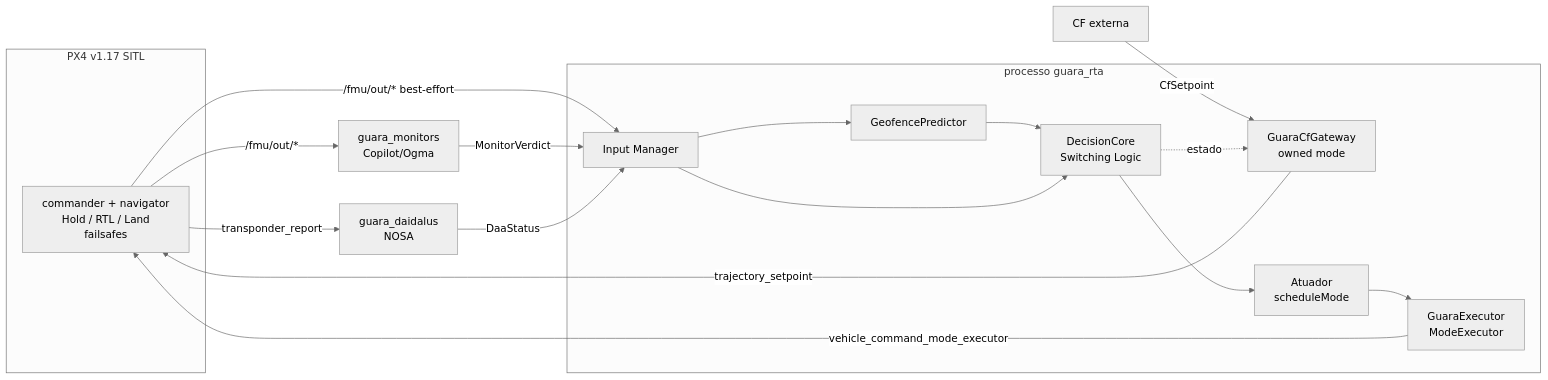
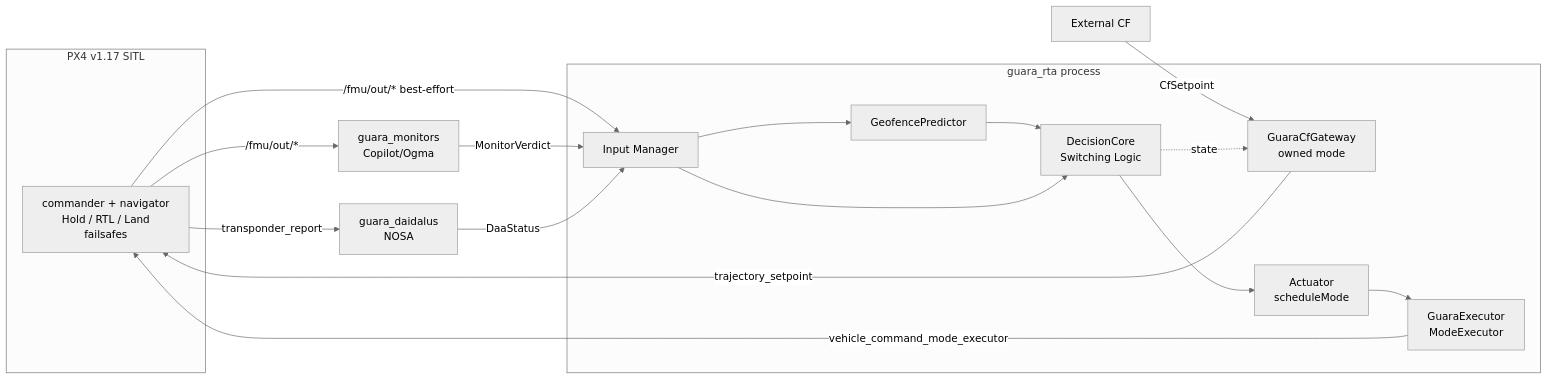
One commit to aton-of-data/guara-llm-embodied-flight changed the diagram in docs/SPEC.md. Above: the diagram before and after it, drawn with Mermaid (neutral theme). The commit also changed other lines of this file, not shown here.

````diff
--- a/docs/SPEC.md
+++ b/docs/SPEC.md
@@ -51,27 +53,27 @@
 ```mermaid
 flowchart LR
   subgraph PX4[PX4 v1.17 SITL]
     FMU[commander + navigator\nHold / RTL / Land\nfailsafes]
   end
-  subgraph RTA[processo guara_rta]
+  subgraph RTA[guara_rta process]
     IM[Input Manager]
     DC[DecisionCore\nSwitching Logic]
     GW[GuaraCfGateway\nowned mode]
     EX[GuaraExecutor\nModeExecutor]
     GF[GeofencePredictor]
-    ACT[Atuador\nscheduleMode]
+    ACT[Actuator\nscheduleMode]
   end
   MON[guara_monitors\nCopilot/Ogma]
   DAA[guara_daidalus\nNOSA]
-  CF[CF externa]
+  CF[External CF]
   FMU -- /fmu/out/* best-effort --> IM
   FMU -- transponder_report --> DAA
   FMU -- /fmu/out/* --> MON
   MON -- MonitorVerdict --> IM
   DAA -- DaaStatus --> IM
   IM --> GF --> DC
   IM --> DC
   DC --> ACT --> EX -- vehicle_command_mode_executor --> FMU
   CF -- CfSetpoint --> GW -- trajectory_setpoint --> FMU
-  DC -. estado .-> GW
+  DC -. state .-> GW
 ```
````
